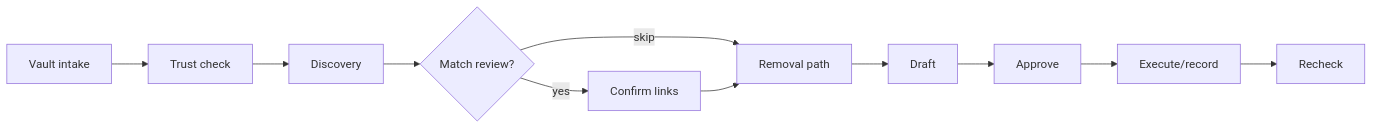
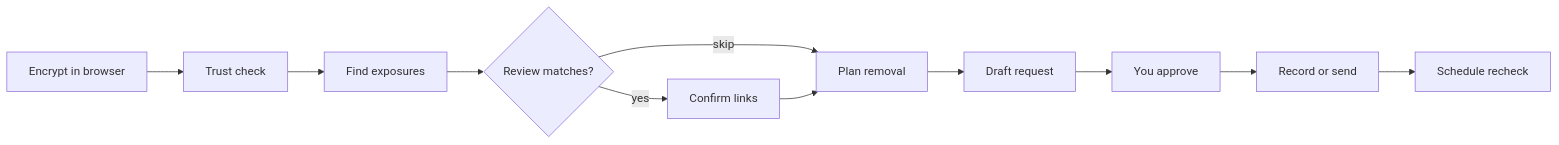
The diagram in docs/src/docs/content/user-guide/templates.md (thomasjvu/oblivion), drawn with Mermaid before and after one commit. The commit also changed other lines of this file and 22 other files, not shown here.

````diff
--- a/docs/src/docs/content/user-guide/templates.md
+++ b/docs/src/docs/content/user-guide/templates.md
@@ -7,13 +7,13 @@
 ```mermaid
 flowchart LR
-  A[Vault intake] --> B[Trust check]
-  B --> C[Discovery]
-  C --> D{Match review?}
+  A[Encrypt in browser] --> B[Trust check]
+  B --> C[Find exposures]
+  C --> D{Review matches?}
   D -->|yes| E[Confirm links]
-  D -->|skip| F[Removal path]
+  D -->|skip| F[Plan removal]
   E --> F
-  F --> G[Draft]
-  G --> H[Approve]
-  H --> I[Execute/record]
-  I --> J[Recheck]
+  F --> G[Draft request]
+  G --> H[You approve]
+  H --> I[Record or send]
+  I --> J[Schedule recheck]
 ```
````
